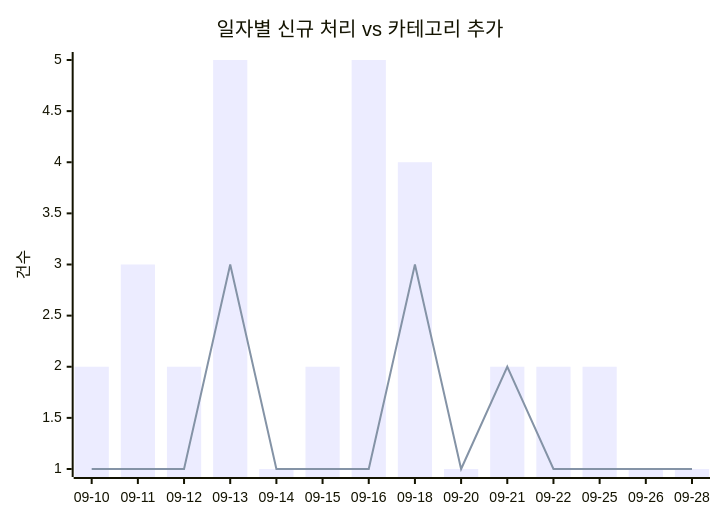
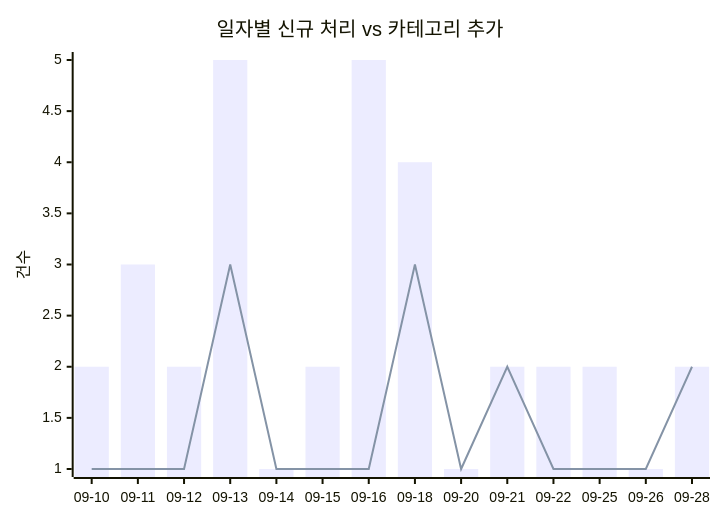
The first of 2 diagrams in docs/trends.md (J-nowcow/awesome-korean-agent-skills), drawn with Mermaid before and after one commit. The commit also changed other lines of this file and 3 other files, not shown here.

````diff
--- a/docs/trends.md
+++ b/docs/trends.md
@@ -32,8 +32,8 @@
 ```mermaid
 xychart-beta
     title "일자별 신규 처리 vs 카테고리 추가"
     x-axis ["09-10","09-11","09-12","09-13","09-14","09-15","09-16","09-18","09-20","09-21","09-22","09-25","09-26","09-28"]
     y-axis "건수"
-    bar [2,3,2,5,1,2,5,4,1,2,2,2,1,1]
-    line [1,1,1,3,1,1,1,3,1,2,1,1,1,1]
+    bar [2,3,2,5,1,2,5,4,1,2,2,2,1,2]
+    line [1,1,1,3,1,1,1,3,1,2,1,1,1,2]
 ```
````
